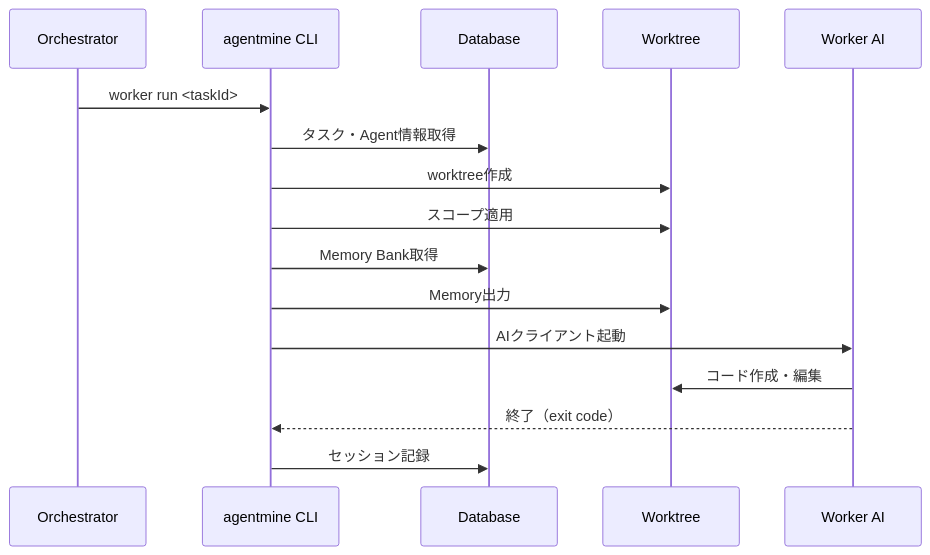
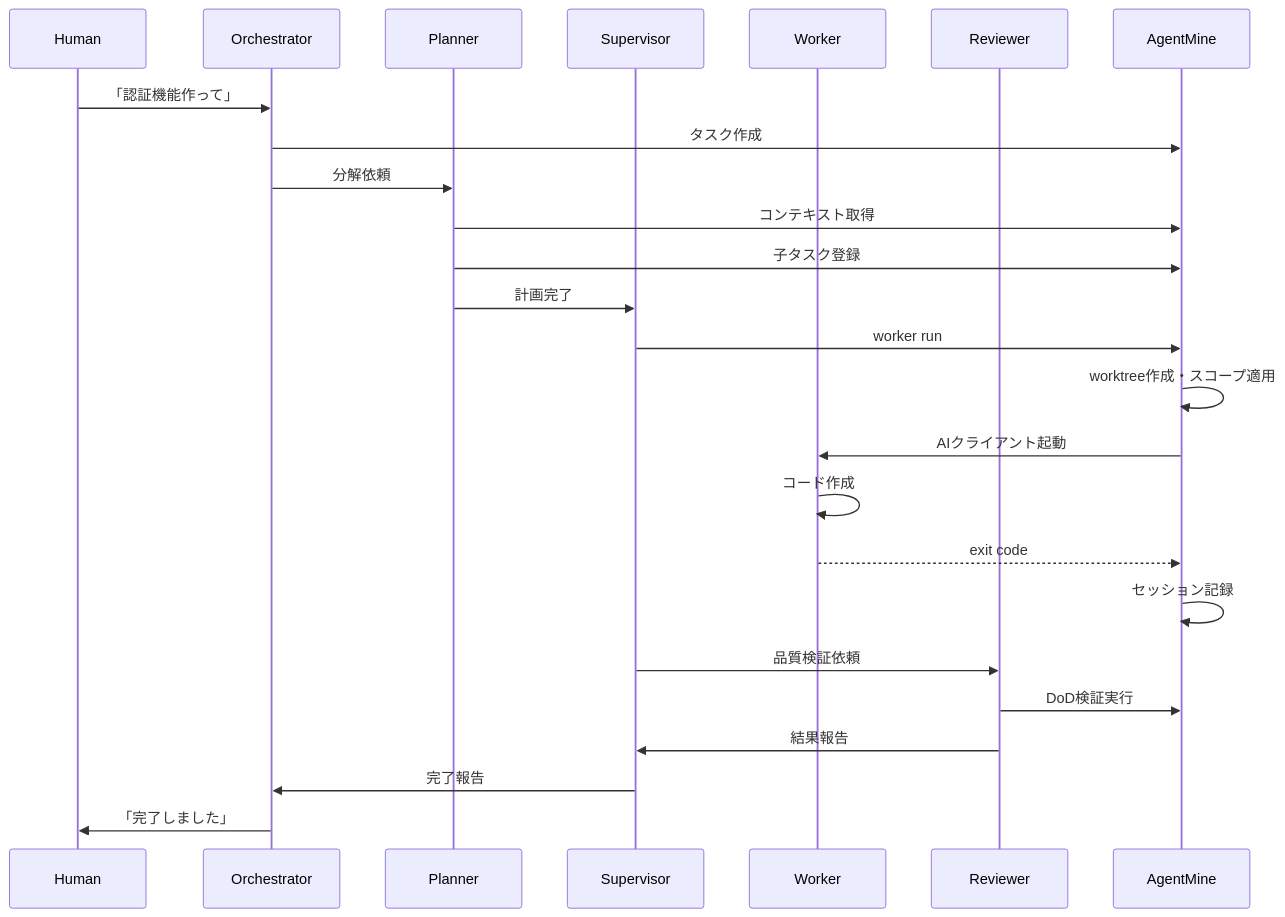
Before and after one commit to krtw00/agentmine: the third of 4 diagrams in docs/02-architecture/architecture.md, drawn with Mermaid. The commit also changed other lines of this file and 7 other files, not shown here.

````diff
--- a/docs/02-architecture/architecture.md
+++ b/docs/02-architecture/architecture.md
@@ -169,19 +189,32 @@
 ```mermaid
 sequenceDiagram
-    participant Orch as Orchestrator
-    participant CLI as agentmine CLI
-    participant DB as Database
-    participant WT as Worktree
-    participant Worker as Worker AI
+    participant H as Human
+    participant O as Orchestrator
+    participant P as Planner
+    participant V as Supervisor
+    participant W as Worker
+    participant R as Reviewer
+    participant A as AgentMine
 
-    Orch->>CLI: worker run <taskId>
-    CLI->>DB: タスク・Agent情報取得
-    CLI->>WT: worktree作成
-    CLI->>WT: スコープ適用
-    CLI->>DB: Memory Bank取得
-    CLI->>WT: Memory出力
-    CLI->>Worker: AIクライアント起動
-    Worker->>WT: コード作成・編集
-    Worker-->>CLI: 終了（exit code）
-    CLI->>DB: セッション記録
+    H->>O: 「認証機能作って」
+    O->>A: タスク作成
+    O->>P: 分解依頼
+
+    P->>A: コンテキスト取得
+    P->>A: 子タスク登録
+    P->>V: 計画完了
+
+    V->>A: worker run
+    A->>A: worktree作成・スコープ適用
+    A->>W: AIクライアント起動
+    W->>W: コード作成
+    W-->>A: exit code
+    A->>A: セッション記録
+
+    V->>R: 品質検証依頼
+    R->>A: DoD検証実行
+    R->>V: 結果報告
+
+    V->>O: 完了報告
+    O->>H: 「完了しました」
 ```
````
